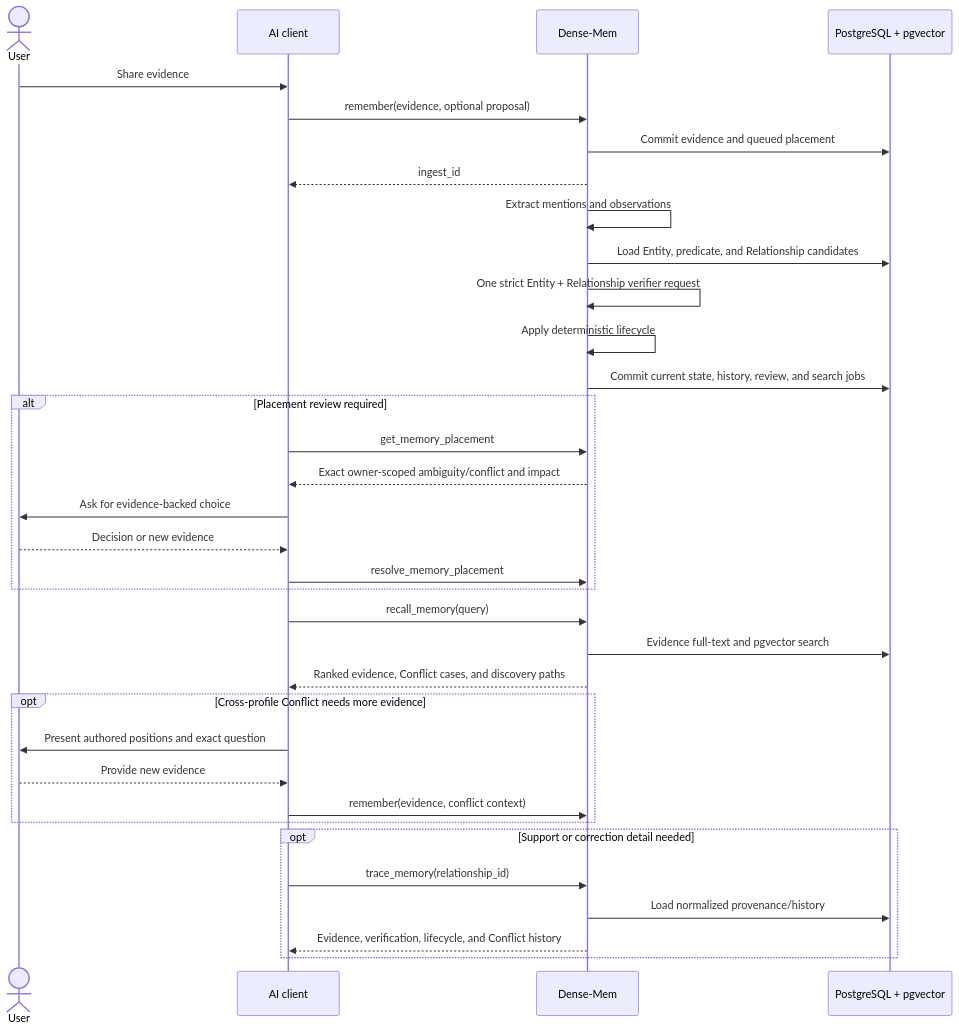
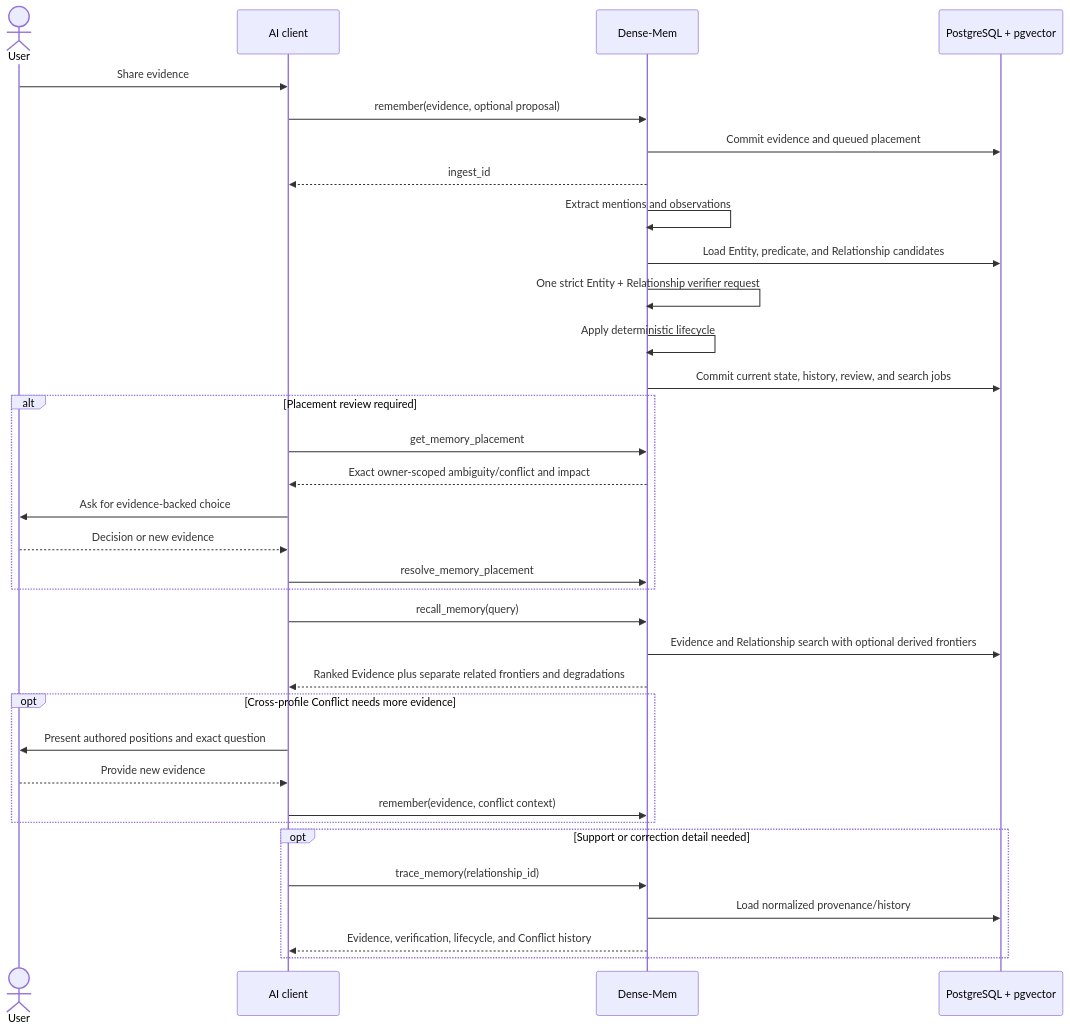
Before and after one commit to markhuangai/dense-mem: the first of 3 diagrams in Home.md, drawn with Mermaid. The commit also changed other lines of this file and 27 other files, not shown here.

Commit message:
Document tier-free Relationship architecture

````diff
--- a/Home.md
+++ b/Home.md
@@ -25,38 +25,38 @@
 ```mermaid
 %%{init: {"sequence": {"rightAngles": true}}}%%
 sequenceDiagram
   actor User
   participant Host as AI client
   participant DM as Dense-Mem
   participant PG as PostgreSQL + pgvector
 
   User->>Host: Share evidence
   Host->>DM: remember(evidence, optional proposal)
   DM->>PG: Commit evidence and queued placement
   DM-->>Host: ingest_id
   DM->>DM: Extract mentions and observations
   DM->>PG: Load Entity, predicate, and Relationship candidates
   DM->>DM: One strict Entity + Relationship verifier request
   DM->>DM: Apply deterministic lifecycle
   DM->>PG: Commit current state, history, review, and search jobs
   alt Placement review required
     Host->>DM: get_memory_placement
     DM-->>Host: Exact owner-scoped ambiguity/conflict and impact
     Host->>User: Ask for evidence-backed choice
     User-->>Host: Decision or new evidence
     Host->>DM: resolve_memory_placement
   end
   Host->>DM: recall_memory(query)
-  DM->>PG: Evidence full-text and pgvector search
-  DM-->>Host: Ranked evidence, Conflict cases, and discovery paths
+  DM->>PG: Evidence and Relationship search with optional derived frontiers
+  DM-->>Host: Ranked Evidence plus separate related frontiers and degradations
   opt Cross-profile Conflict needs more evidence
     Host->>User: Present authored positions and exact question
     User-->>Host: Provide new evidence
     Host->>DM: remember(evidence, conflict context)
   end
   opt Support or correction detail needed
     Host->>DM: trace_memory(relationship_id)
     DM->>PG: Load normalized provenance/history
     DM-->>Host: Evidence, verification, lifecycle, and Conflict history
   end
 ```
````
